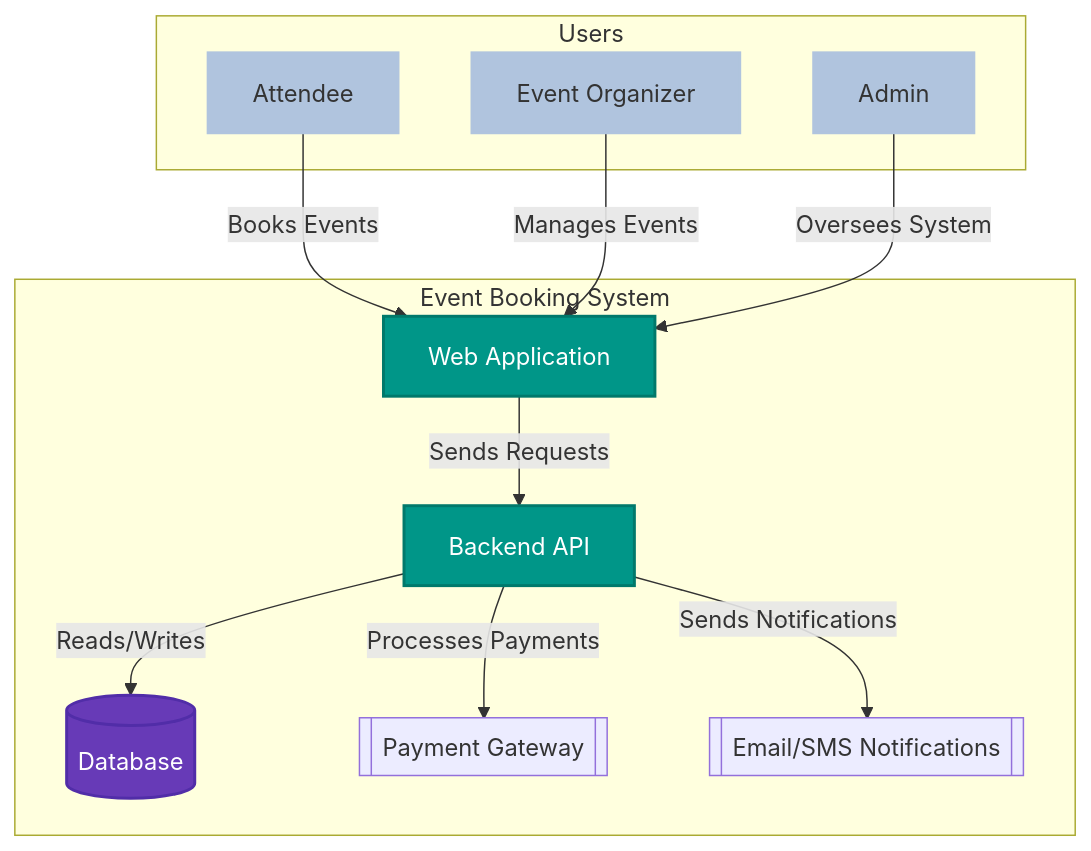
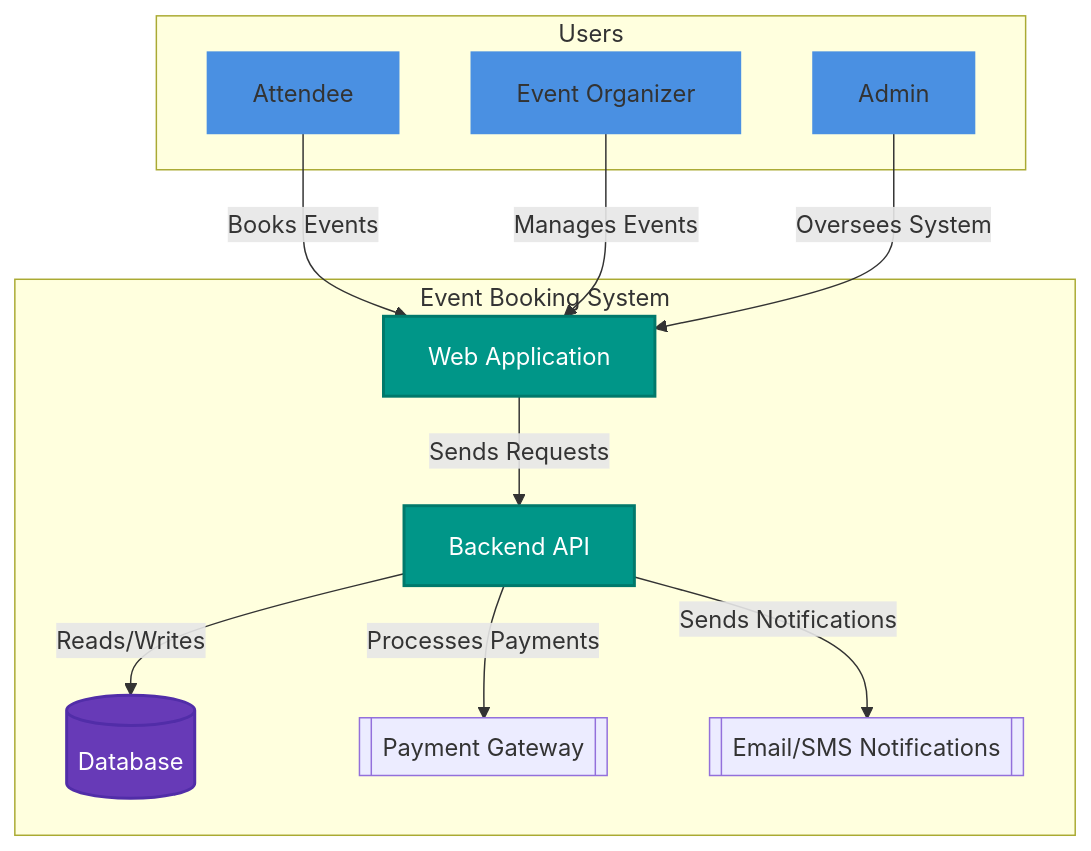
The first of 4 diagrams in ARCHITECTURE.md (celeste-smith/event-booking-system), drawn with Mermaid before and after one commit.

Commit message:
Update ARCHITECTURE.md
updating styling

````diff
--- a/ARCHITECTURE.md
+++ b/ARCHITECTURE.md
@@ -33,37 +33,37 @@
 ```mermaid
 graph TD;
     %% Define styles
-    classDef userStyle fill:#b0c4de,stroke:#b0c4de,stroke-width:2px;
+    classDef userStyle fill:#4a90e2,stroke:#4a90e2,stroke-width:2px;
     classDef systemStyle fill:#009688,stroke:#00796B,stroke-width:2px,color:white;
     classDef serviceStyle fill:#607D8B,stroke:#455A64,stroke-width:2px,color:white;
     classDef dbStyle fill:#673AB7,stroke:#512DA8,stroke-width:2px,color:white;
     classDef externalStyle fill:#FF5722,stroke:#E64A19,stroke-width:2px,color:white;
     
     subgraph Users["Users"]
         Attendee["Attendee"]
         Organizer["Event Organizer"]
         Admin["Admin"]
     end
     
     subgraph EventBookingSystem["Event Booking System"]
         WebApp["Web Application"]
         API["Backend API"]
         DB[("Database")]
         PaymentGateway[["Payment Gateway"]]
         NotificationService[["Email/SMS Notifications"]]
     end
     
     %% Define relationships
     Attendee -- Books Events --> WebApp;
     Organizer -- Manages Events --> WebApp;
     Admin -- Oversees System --> WebApp;
     WebApp -- Sends Requests --> API;
     API -- Reads/Writes --> DB;
     API -- Processes Payments --> PaymentGateway;
     API -- Sends Notifications --> NotificationService;
 
     %% Apply styles
     class Attendee,Organizer,Admin userStyle;
     class WebApp,API systemStyle;
     class DB dbStyle;
 ```
````
